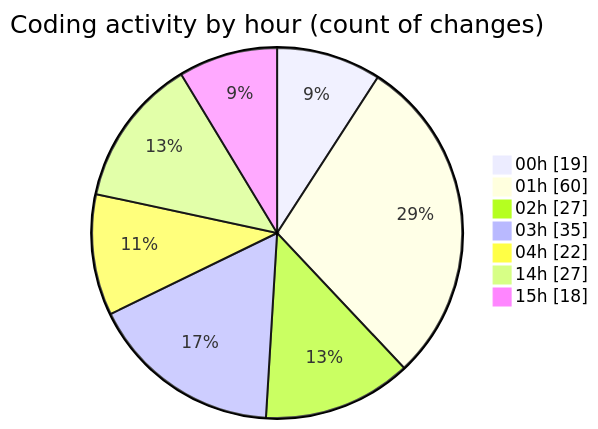
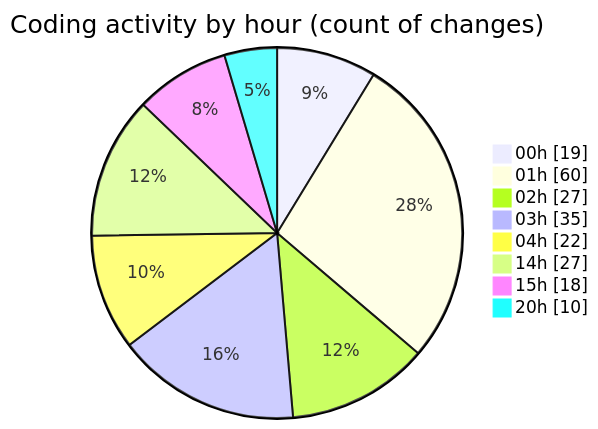
The second of 2 diagrams in 2025-07-25/quanlyrapchieuphim-1/README.md (lephambinh05/code-tracking), drawn with Mermaid before and after one commit. The commit also changed other lines of this file and 1 other file, not shown here.

````diff
--- a/2025-07-25/quanlyrapchieuphim-1/README.md
+++ b/2025-07-25/quanlyrapchieuphim-1/README.md
@@ -36,11 +36,12 @@
 ```mermaid
 pie showData
 title Coding activity by hour (count of changes)
 "00h" : 19
 "01h" : 60
 "02h" : 27
 "03h" : 35
 "04h" : 22
 "14h" : 27
 "15h" : 18
+"20h" : 10
 ```
````
